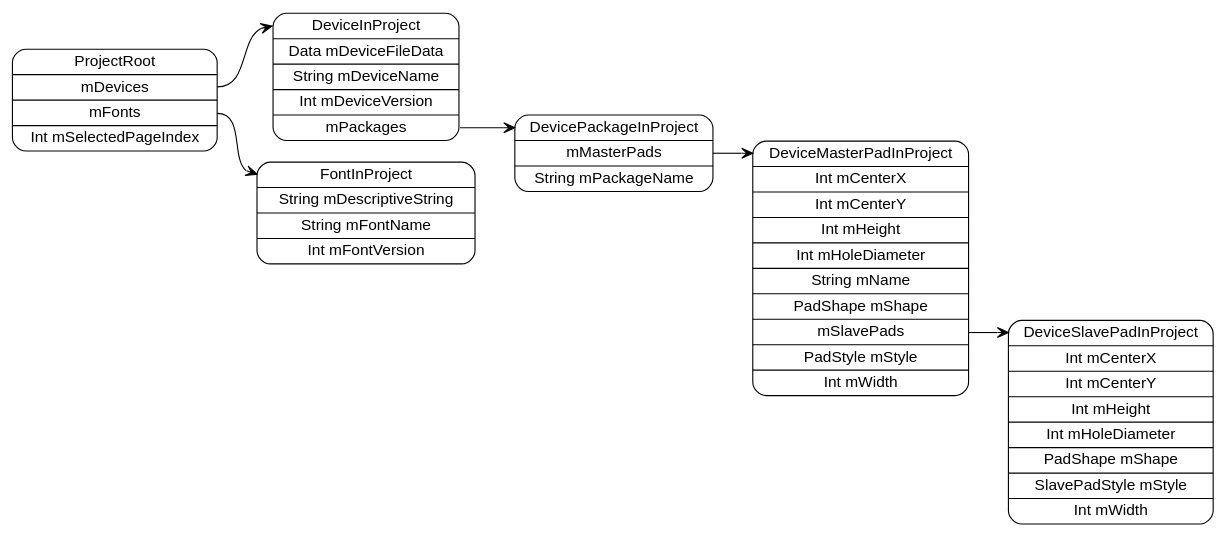
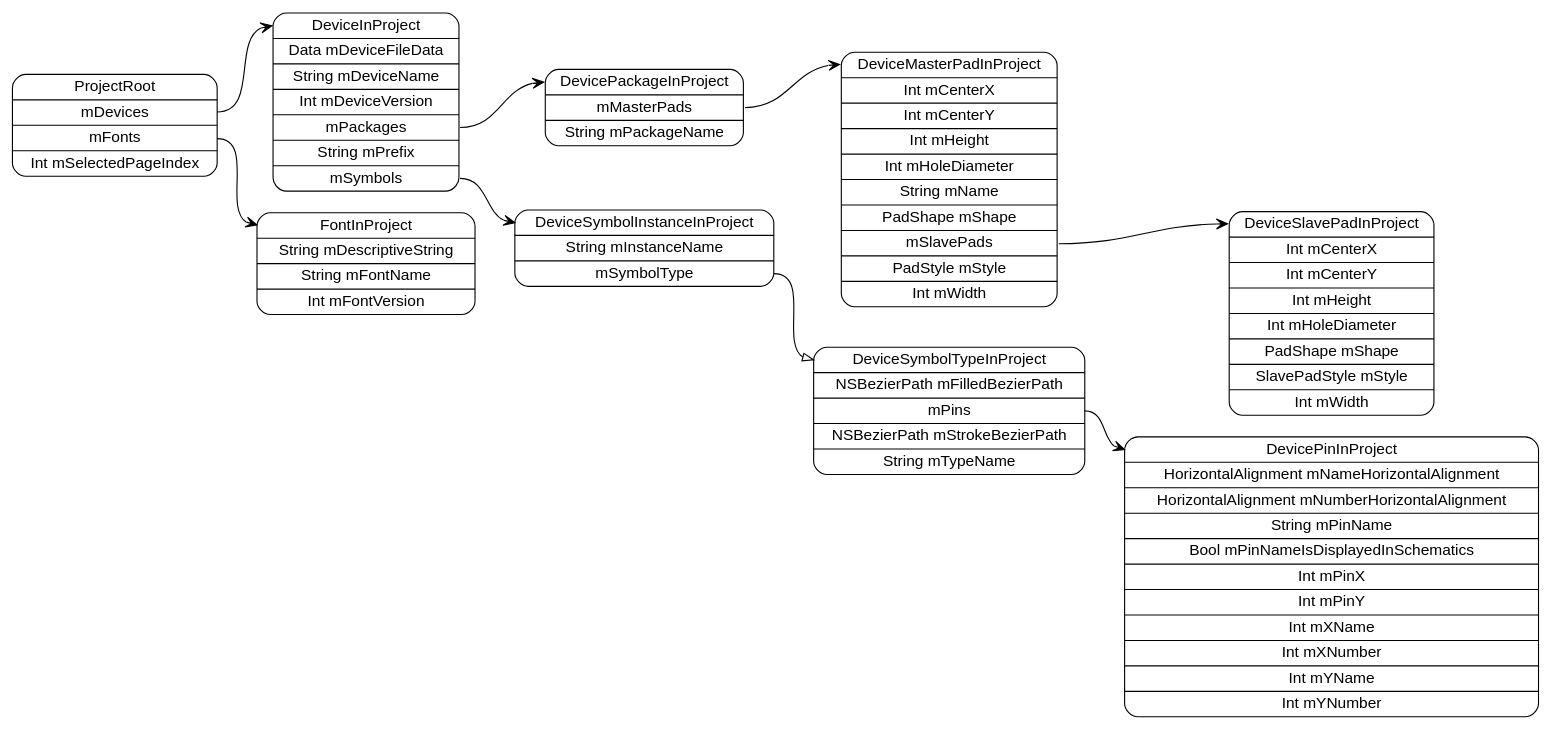
The diagram in models/ProjectRoot.dot (pierremolinaro/ElCanari-dev), drawn with Graphviz before and after one commit. The commit also changed 22 other files, not shown here.

Commit message:
Added device in project symbol import

```diff
--- a/models/ProjectRoot.dot
+++ b/models/ProjectRoot.dot
@@ -1,15 +1,21 @@
 digraph G {
   rankdir=LR ;
   node [shape=record fontname=helvetica style=rounded] ;
   ProjectRoot[label="<ProjectRoot>ProjectRoot|<mDevices>mDevices|<mFonts>mFonts|Int mSelectedPageIndex"] ;
   FontInProject[label="<FontInProject>FontInProject|String mDescriptiveString|String mFontName|Int mFontVersion"] ;
-  DeviceInProject[label="<DeviceInProject>DeviceInProject|Data mDeviceFileData|String mDeviceName|Int mDeviceVersion|<mPackages>mPackages"] ;
+  DeviceInProject[label="<DeviceInProject>DeviceInProject|Data mDeviceFileData|String mDeviceName|Int mDeviceVersion|<mPackages>mPackages|String mPrefix|<mSymbols>mSymbols"] ;
+  DeviceSymbolInstanceInProject[label="<DeviceSymbolInstanceInProject>DeviceSymbolInstanceInProject|String mInstanceName|<mSymbolType>mSymbolType"] ;
+  DeviceSymbolTypeInProject[label="<DeviceSymbolTypeInProject>DeviceSymbolTypeInProject|NSBezierPath mFilledBezierPath|<mPins>mPins|NSBezierPath mStrokeBezierPath|String mTypeName"] ;
+  DevicePinInProject[label="<DevicePinInProject>DevicePinInProject|HorizontalAlignment mNameHorizontalAlignment|HorizontalAlignment mNumberHorizontalAlignment|String mPinName|Bool mPinNameIsDisplayedInSchematics|Int mPinX|Int mPinY|Int mXName|Int mXNumber|Int mYName|Int mYNumber"] ;
   DevicePackageInProject[label="<DevicePackageInProject>DevicePackageInProject|<mMasterPads>mMasterPads|String mPackageName"] ;
   DeviceMasterPadInProject[label="<DeviceMasterPadInProject>DeviceMasterPadInProject|Int mCenterX|Int mCenterY|Int mHeight|Int mHoleDiameter|String mName|PadShape mShape|<mSlavePads>mSlavePads|PadStyle mStyle|Int mWidth"] ;
   DeviceSlavePadInProject[label="<DeviceSlavePadInProject>DeviceSlavePadInProject|Int mCenterX|Int mCenterY|Int mHeight|Int mHoleDiameter|PadShape mShape|SlavePadStyle mStyle|Int mWidth"] ;
   ProjectRoot:mDevices -> DeviceInProject:DeviceInProject [dir=both arrowtail=none arrowhead=vee] ;
   ProjectRoot:mFonts -> FontInProject:FontInProject [dir=both arrowtail=none arrowhead=vee] ;
   DeviceInProject:mPackages -> DevicePackageInProject:DevicePackageInProject [dir=both arrowtail=none arrowhead=vee] ;
+  DeviceInProject:mSymbols -> DeviceSymbolInstanceInProject:DeviceSymbolInstanceInProject [dir=both arrowtail=none arrowhead=vee] ;
+  DeviceSymbolInstanceInProject:mSymbolType -> DeviceSymbolTypeInProject:DeviceSymbolTypeInProject [dir=both arrowtail=none arrowhead=onormal] ;
+  DeviceSymbolTypeInProject:mPins -> DevicePinInProject:DevicePinInProject [dir=both arrowtail=none arrowhead=vee] ;
   DevicePackageInProject:mMasterPads -> DeviceMasterPadInProject:DeviceMasterPadInProject [dir=both arrowtail=none arrowhead=vee] ;
   DeviceMasterPadInProject:mSlavePads -> DeviceSlavePadInProject:DeviceSlavePadInProject [dir=both arrowtail=none arrowhead=vee] ;
 }
```
